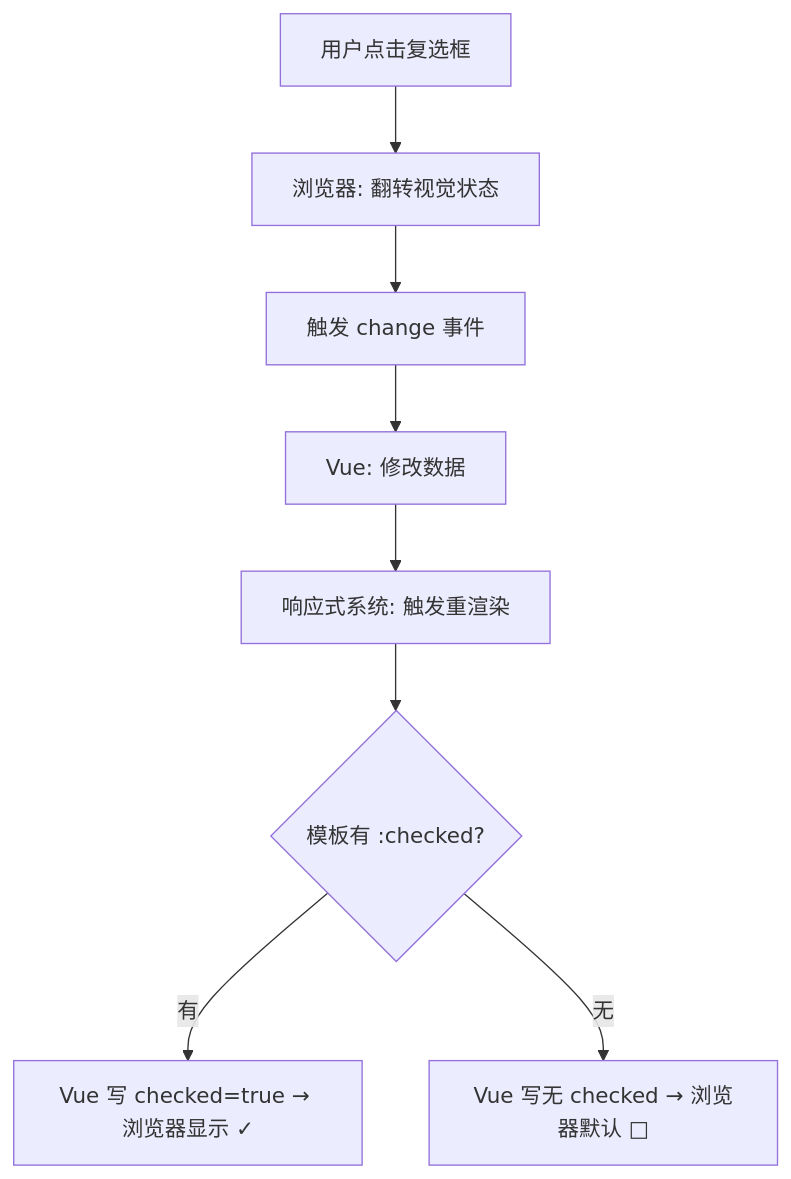
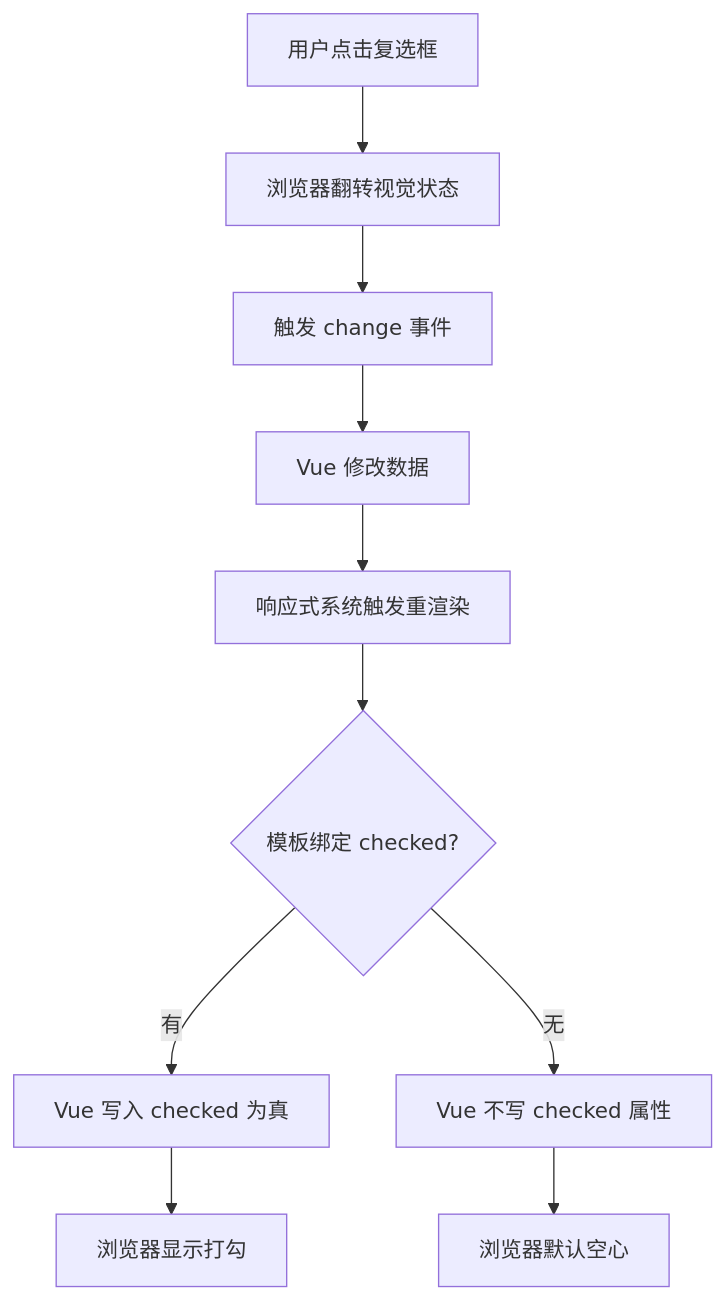
The diagram in _posts/2026-08-11-vue-controlled-component.md (Tonite14/tonite14.github.io), drawn with Mermaid before and after one commit.

````diff
--- a/_posts/2026-08-11-vue-controlled-component.md
+++ b/_posts/2026-08-11-vue-controlled-component.md
@@ -31,10 +31,12 @@
 ```mermaid
 graph TD
-    A[用户点击复选框] --> B[浏览器: 翻转视觉状态]
+    A[用户点击复选框] --> B[浏览器翻转视觉状态]
     B --> C[触发 change 事件]
-    C --> D[Vue: 修改数据]
-    D --> E[响应式系统: 触发重渲染]
-    E --> F{模板有 :checked?}
-    F -->|有| G[Vue 写 checked=true → 浏览器显示 ✓]
-    F -->|无| H[Vue 写无 checked → 浏览器默认 □]
+    C --> D[Vue 修改数据]
+    D --> E[响应式系统触发重渲染]
+    E --> F{模板绑定 checked?}
+    F -->|有| G[Vue 写入 checked 为真]
+    F -->|无| H[Vue 不写 checked 属性]
+    G --> I[浏览器显示打勾]
+    H --> J[浏览器默认空心]
 ```
````
